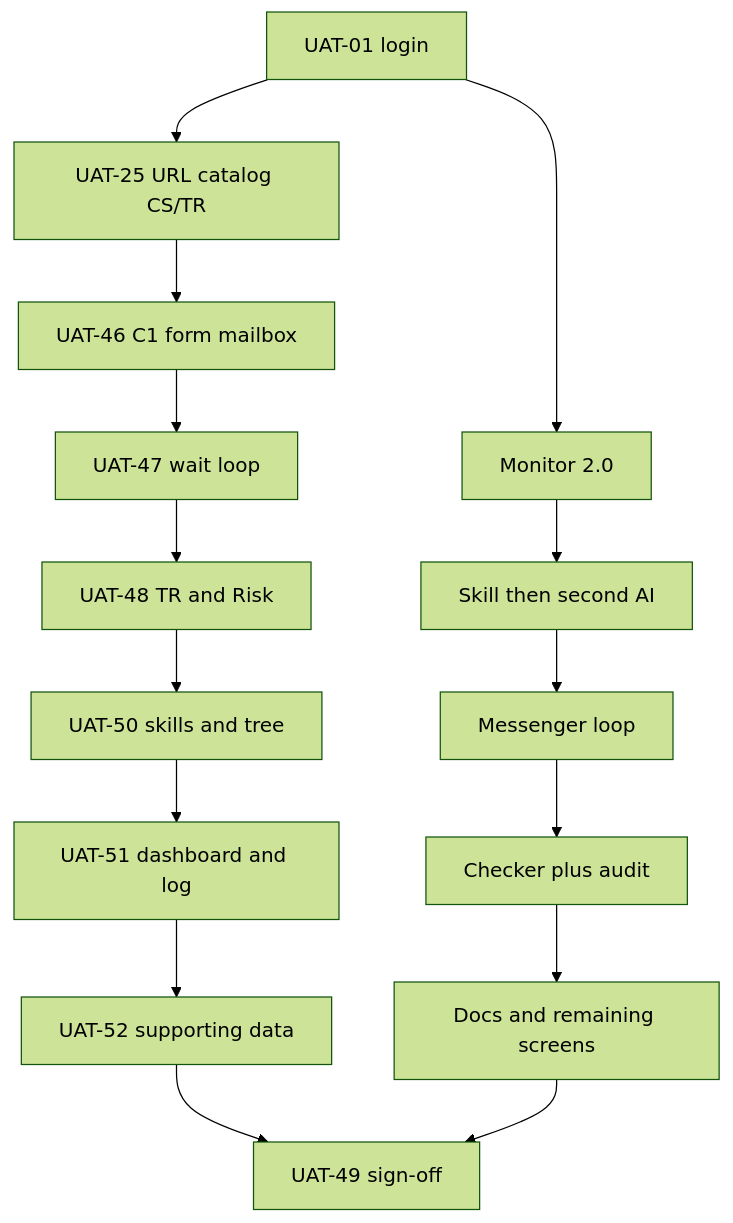
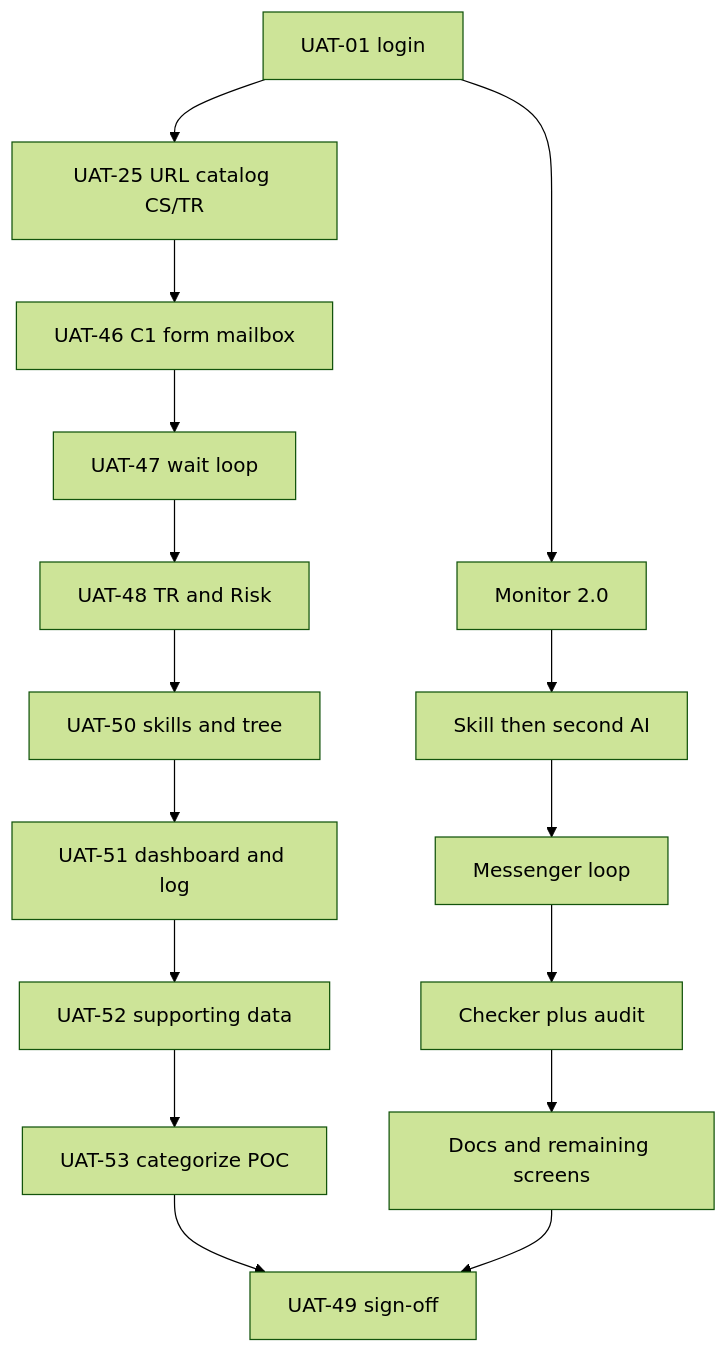
One commit to hxyan2020/PRD changed the diagram in platform/docs/UAT.md. Above: the diagram before and after it, drawn with Mermaid (forest theme). The commit also changed other lines of this file and 39 other files, not shown here.

First line of the commit message:
Add CS/TR categorize, severity, AI solution and POC review after collected facts.

````diff
--- a/platform/docs/UAT.md
+++ b/platform/docs/UAT.md
@@ -20,17 +20,18 @@
 ```mermaid
 graph TD
   Login[UAT-01 login] --> Mon[Monitor 2.0]
   Mon --> AI[Skill then second AI]
   AI --> Msg[Messenger loop]
   Msg --> Gate[Checker plus audit]
   Gate --> Docs[Docs and remaining screens]
   Login --> CsDoor[UAT-25 URL catalog CS/TR]
   CsDoor --> Intake[UAT-46 C1 form mailbox]
   Intake --> Wait[UAT-47 wait loop]
   Wait --> Tr[UAT-48 TR and Risk]
   Tr --> Skills[UAT-50 skills and tree]
   Skills --> Dash[UAT-51 dashboard and log]
   Dash --> Data[UAT-52 supporting data]
-  Data --> Sign[UAT-49 sign-off]
+  Data --> Analyze[UAT-53 categorize POC]
+  Analyze --> Sign[UAT-49 sign-off]
   Docs --> Sign
 ```
````
